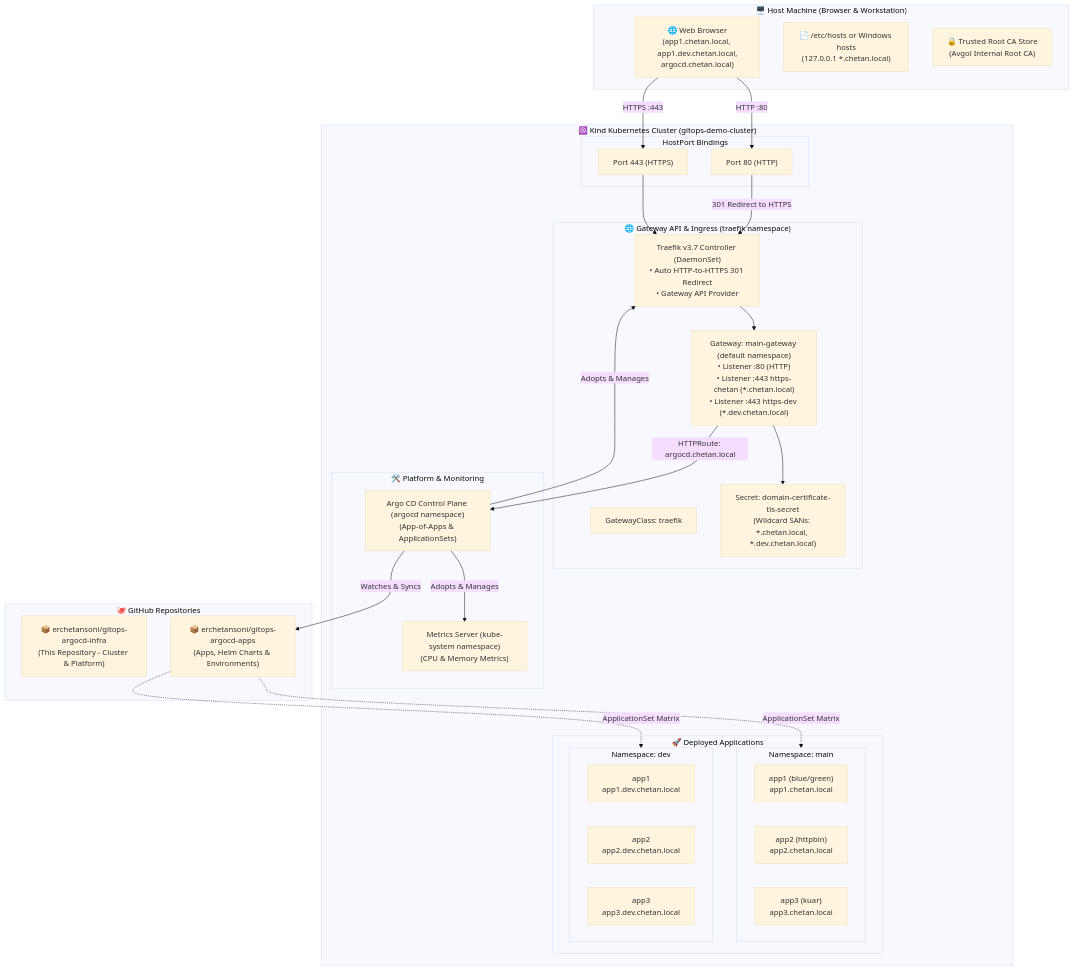
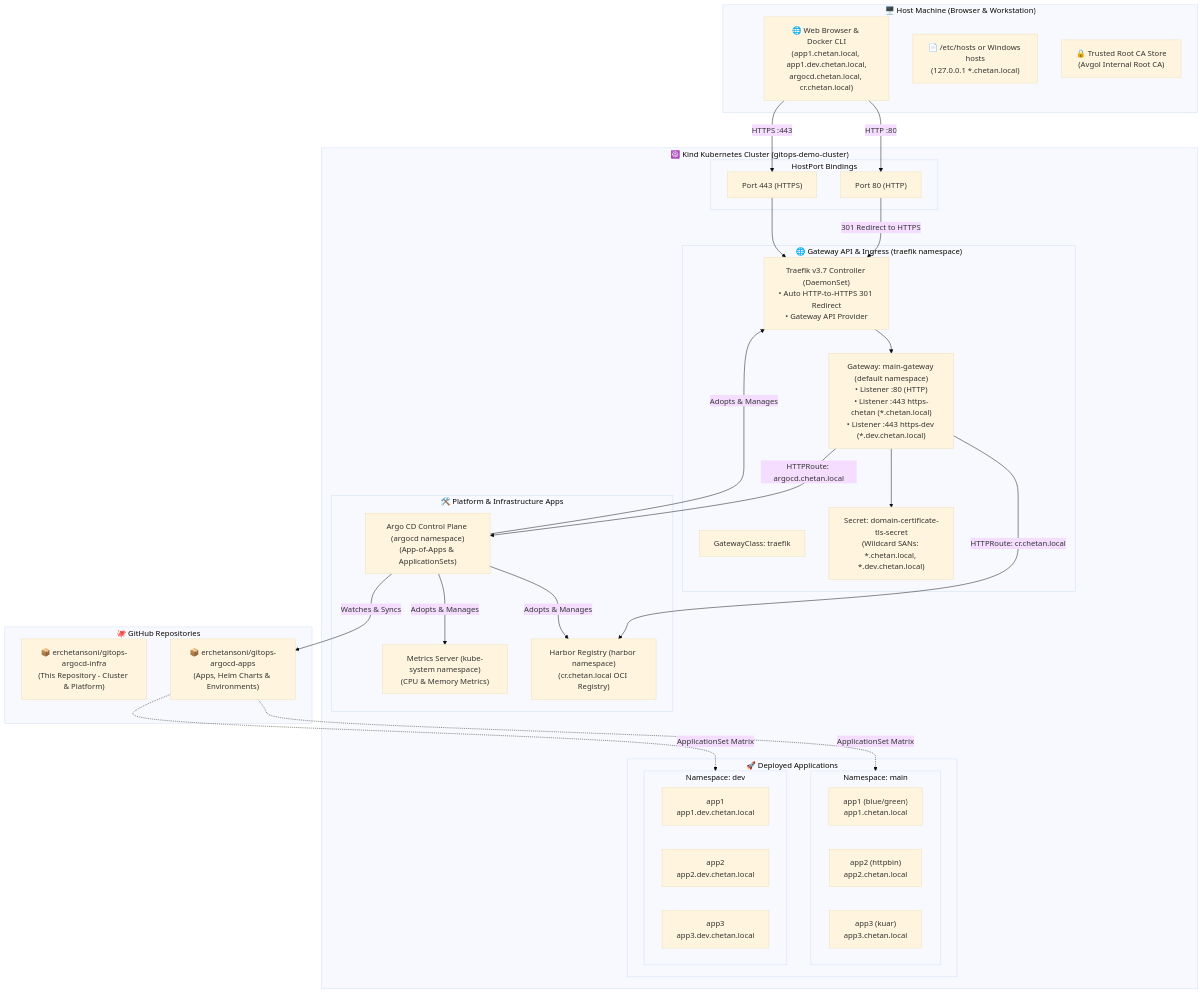
The diagram in README.md (erchetansoni/gitops-argocd-infra), drawn with Mermaid (base theme) before and after one commit. The commit also changed other lines of this file and 11 other files, not shown here.

Commit message:
feat: add Harbor container registry and airgap asset bundling support to infrastructure apps

````diff
--- a/README.md
+++ b/README.md
@@ -18,60 +18,63 @@
 ```mermaid
 flowchart TB
     subgraph Host["🖥️ Host Machine (Browser & Workstation)"]
-        Browser["🌐 Web Browser\n(app1.chetan.local, app1.dev.chetan.local,\nargocd.chetan.local)"]
+        Browser["🌐 Web Browser & Docker CLI\n(app1.chetan.local, app1.dev.chetan.local,\nargocd.chetan.local, cr.chetan.local)"]
         HostsFile["📄 /etc/hosts or Windows hosts\n(127.0.0.1 *.chetan.local)"]
         RootCATrust["🔒 Trusted Root CA Store\n(Avgol Internal Root CA)"]
     end
 
     subgraph GitRepos["🐙 GitHub Repositories"]
         InfraRepo["📦 erchetansoni/gitops-argocd-infra\n(This Repository - Cluster & Platform)"]
         AppsRepo["📦 erchetansoni/gitops-argocd-apps\n(Apps, Helm Charts & Environments)"]
     end
 
     subgraph Cluster["☸️ Kind Kubernetes Cluster (gitops-demo-cluster)"]
         subgraph Ports["HostPort Bindings"]
             P80["Port 80 (HTTP)"]
             P443["Port 443 (HTTPS)"]
         end
 
         subgraph IngressLayer["🌐 Gateway API & Ingress (traefik namespace)"]
             Traefik["Traefik v3.7 Controller (DaemonSet)\n• Auto HTTP-to-HTTPS 301 Redirect\n• Gateway API Provider"]
             GatewayClass["GatewayClass: traefik"]
             MainGateway["Gateway: main-gateway (default namespace)\n• Listener :80 (HTTP)\n• Listener :443 https-chetan (*.chetan.local)\n• Listener :443 https-dev (*.dev.chetan.local)"]
             TLSSecret["Secret: domain-certificate-tls-secret\n(Wildcard SANs: *.chetan.local, *.dev.chetan.local)"]
         end
 
-        subgraph PlatformLayer["🛠️ Platform & Monitoring"]
+        subgraph PlatformLayer["🛠️ Platform & Infrastructure Apps"]
             MetricsServer["Metrics Server (kube-system namespace)\n(CPU & Memory Metrics)"]
+            HarborRegistry["Harbor Registry (harbor namespace)\n(cr.chetan.local OCI Registry)"]
             ArgoCD["Argo CD Control Plane (argocd namespace)\n(App-of-Apps & ApplicationSets)"]
         end
 
         subgraph WorkloadNamespaces["🚀 Deployed Applications"]
             subgraph MainEnv["Namespace: main"]
                 MainApp1["app1 (blue/green)\napp1.chetan.local"]
                 MainApp2["app2 (httpbin)\napp2.chetan.local"]
                 MainApp3["app3 (kuar)\napp3.chetan.local"]
             end
             subgraph DevEnv["Namespace: dev"]
                 DevApp1["app1\napp1.dev.chetan.local"]
                 DevApp2["app2\napp2.dev.chetan.local"]
                 DevApp3["app3\napp3.dev.chetan.local"]
             end
         end
     end
 
     Browser -->|HTTP :80| P80
     Browser -->|HTTPS :443| P443
     P80 -->|301 Redirect to HTTPS| Traefik
     P443 --> Traefik
     Traefik --> MainGateway
     MainGateway --> TLSSecret
     MainGateway -->|HTTPRoute: argocd.chetan.local| ArgoCD
+    MainGateway -->|HTTPRoute: cr.chetan.local| HarborRegistry
 
     ArgoCD -->|Adopts & Manages| Traefik
     ArgoCD -->|Adopts & Manages| MetricsServer
+    ArgoCD -->|Adopts & Manages| HarborRegistry
     ArgoCD -->|Watches & Syncs| AppsRepo
 
     AppsRepo -.->|ApplicationSet Matrix| MainEnv
     AppsRepo -.->|ApplicationSet Matrix| DevEnv
 ```
````
